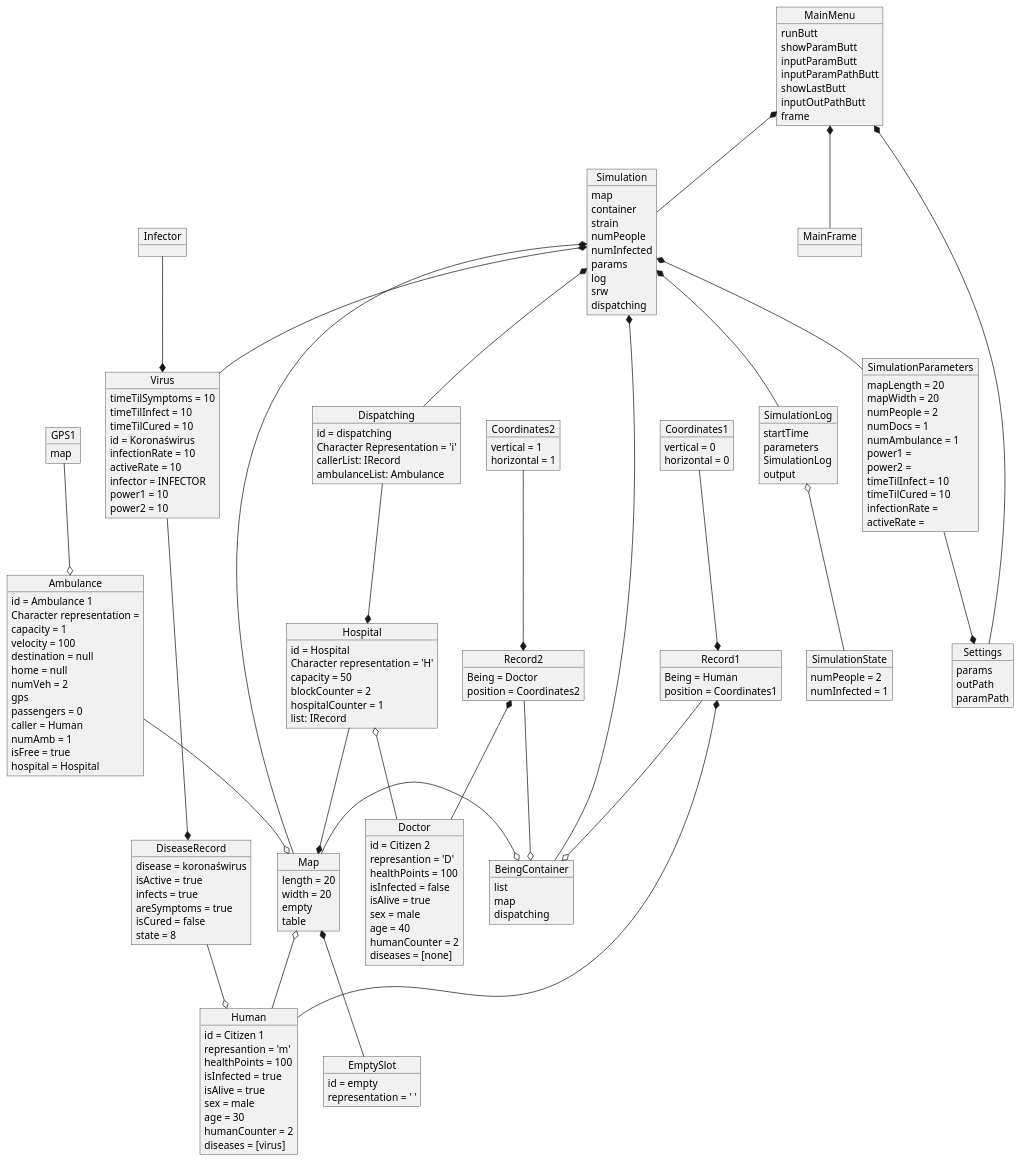
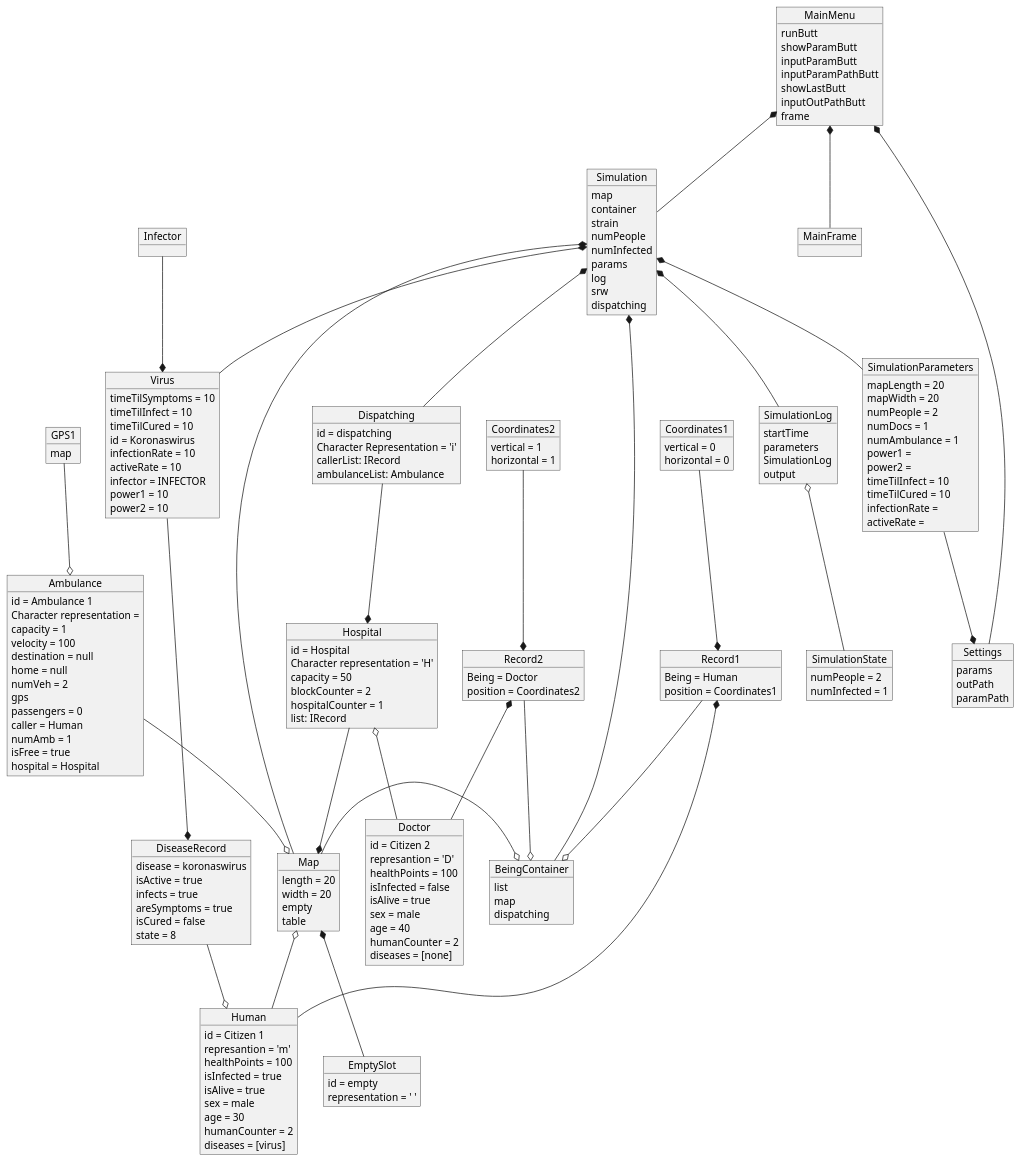
Before and after one commit to karolWazny/plague-repo: the diagram in dokumentacja/Object_diagram/Object_diagram.plantuml, drawn with PlantUML. The commit also changed 47 other files, not shown here.

```diff
--- a/dokumentacja/Object_diagram/Object_diagram.plantuml
+++ b/dokumentacja/Object_diagram/Object_diagram.plantuml
@@ -3,7 +3,7 @@
     timeTilSymptoms = 10
     timeTilInfect = 10
     timeTilCured = 10
-    id = Koronaświrus
+    id = Koronaswirus
     infectionRate = 10
     activeRate = 10
     infector = INFECTOR 
@@ -14,7 +14,7 @@
 
 }
 object DiseaseRecord{
-    disease = koronaświrus
+    disease = koronaswirus
     isActive = true 
     infects = true 
     areSymptoms = true 
```
